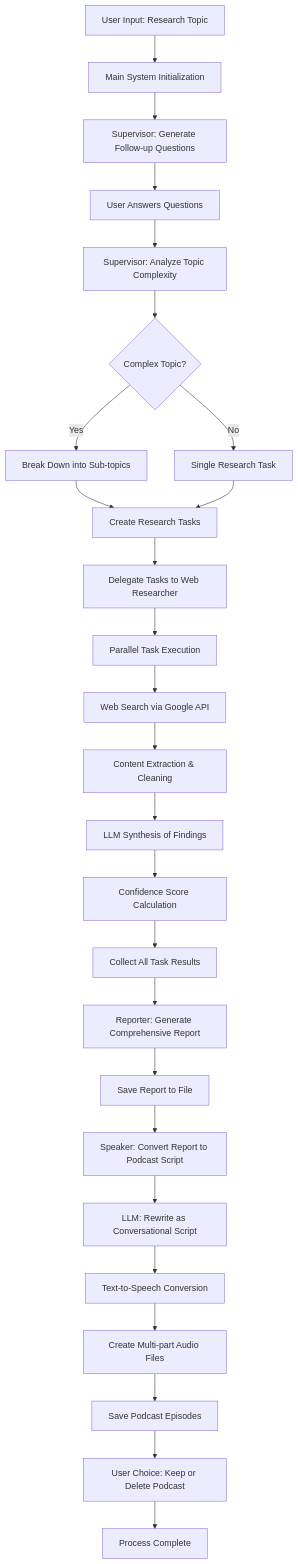
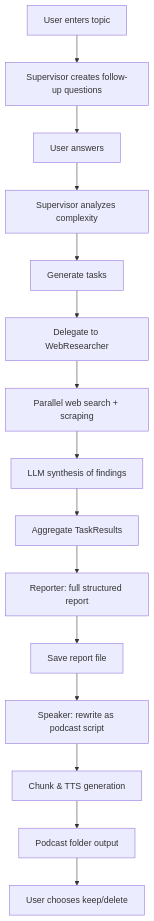
One commit to Chickychicken/Research-Podcast-Agent changed the diagram in README.md. Above: the diagram before and after it, drawn with Mermaid. The commit also changed other lines of this file, not shown here.

````diff
--- a/README.md
+++ b/README.md
@@ -56,35 +37,17 @@
 ```mermaid
-graph TD
-    A[User Input: Research Topic] --> B[Main System Initialization]
-    B --> C[Supervisor: Generate Follow-up Questions]
-    C --> D[User Answers Questions]
-    D --> E[Supervisor: Analyze Topic Complexity]
-    E --> F{Complex Topic?}
-    
-    F -->|Yes| G[Break Down into Sub-topics]
-    F -->|No| H[Single Research Task]
-    
-    G --> I[Create Research Tasks]
-    H --> I
-    
-    I --> J[Delegate Tasks to Web Researcher]
-    J --> K[Parallel Task Execution]
-    
-    K --> L[Web Search via Google API]
-    L --> M[Content Extraction & Cleaning]
-    M --> N[LLM Synthesis of Findings]
-    N --> O[Confidence Score Calculation]
-    
-    O --> P[Collect All Task Results]
-    P --> Q[Reporter: Generate Comprehensive Report]
-    Q --> R[Save Report to File]
-    
-    R --> S[Speaker: Convert Report to Podcast Script]
-    S --> T[LLM: Rewrite as Conversational Script]
-    T --> U[Text-to-Speech Conversion]
-    U --> V[Create Multi-part Audio Files]
-    V --> W[Save Podcast Episodes]
-    
-    W --> X[User Choice: Keep or Delete Podcast]
-    X --> Y[Process Complete]
+flowchart TD
+    A[User enters topic] --> B[Supervisor creates follow-up questions]
+    B --> C[User answers]
+    C --> D[Supervisor analyzes complexity]
+    D --> E[Generate tasks]
+    E --> F[Delegate to WebResearcher]
+    F --> G[Parallel web search + scraping]
+    G --> H[LLM synthesis of findings]
+    H --> I[Aggregate TaskResults]
+    I --> J[Reporter: full structured report]
+    J --> K[Save report file]
+    K --> L[Speaker: rewrite as podcast script]
+    L --> M[Chunk & TTS generation]
+    M --> N[Podcast folder output]
+    N --> O[User chooses keep/delete]
 ```
````
